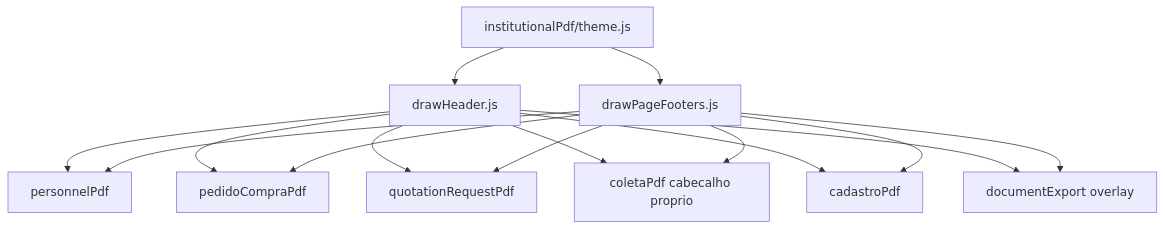
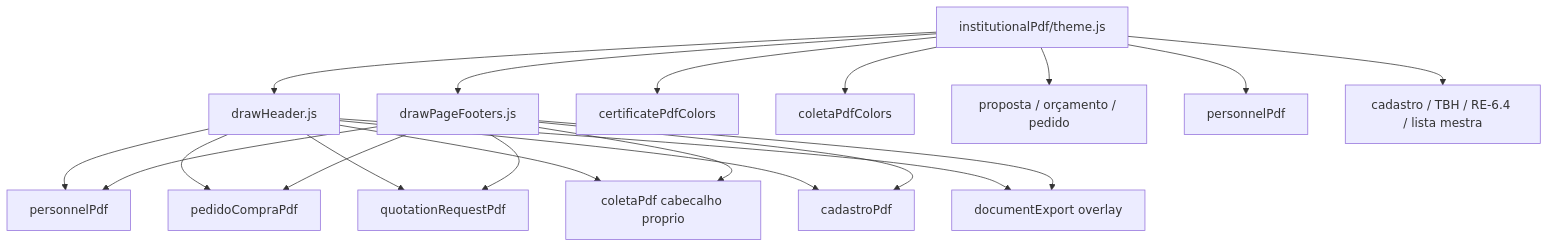
The diagram in docs/03-EXPORTACOES-PDF.md (VS-LGR/CTLI_SISTEMA), drawn with Mermaid before and after one commit. The commit also changed other lines of this file and 23 other files, not shown here.

````diff
--- a/docs/03-EXPORTACOES-PDF.md
+++ b/docs/03-EXPORTACOES-PDF.md
@@ -63,20 +89,25 @@
 ```mermaid
 flowchart TB
   Theme[institutionalPdf/theme.js]
   Header[drawHeader.js]
   Footer[drawPageFooters.js]
   Theme --> Header
   Theme --> Footer
+  Theme --> CertColors[certificatePdfColors]
+  Theme --> ColetaColors[coletaPdfColors]
+  Theme --> Comercial[proposta / orçamento / pedido]
+  Theme --> Pessoal[personnelPdf]
+  Theme --> Relatorios[cadastro / TBH / RE-6.4 / lista mestra]
   Header --> Personnel[personnelPdf]
   Header --> Pedido[pedidoCompraPdf]
   Header --> Orc[quotationRequestPdf]
   Header --> Coleta[coletaPdf cabecalho proprio]
   Header --> Cadastro[cadastroPdf]
   Header --> DocExp[documentExport overlay]
   Footer --> Personnel
   Footer --> Pedido
   Footer --> Orc
   Footer --> Coleta
   Footer --> Cadastro
   Footer --> DocExp
 ```
````
